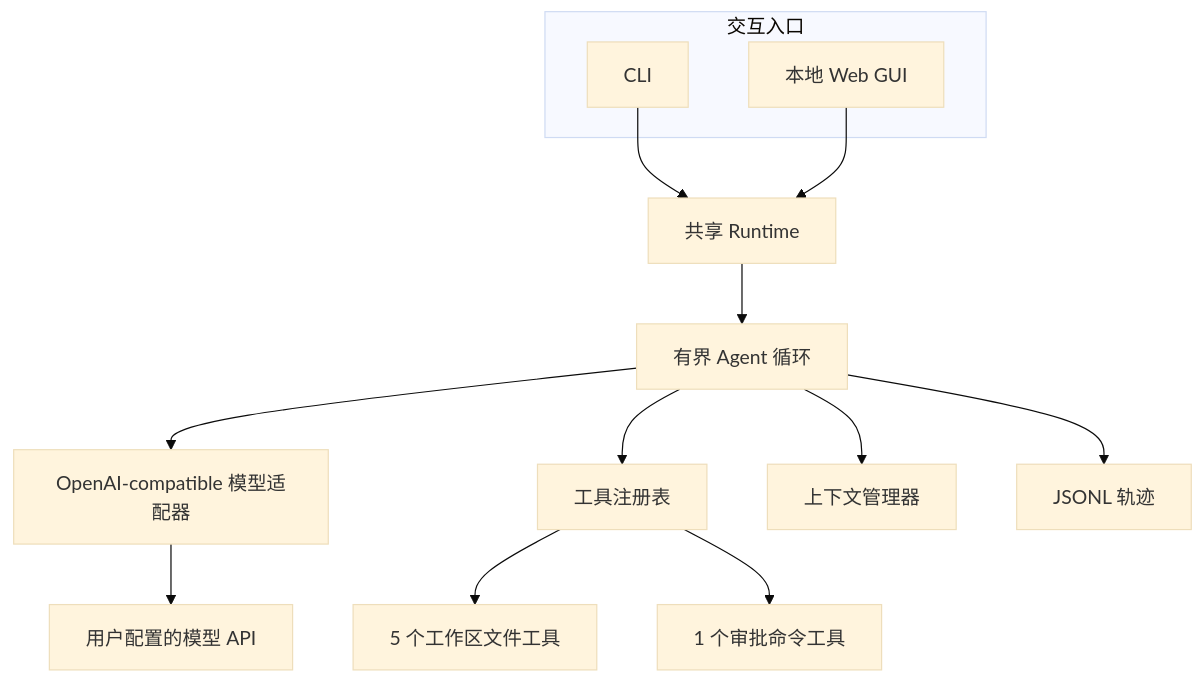
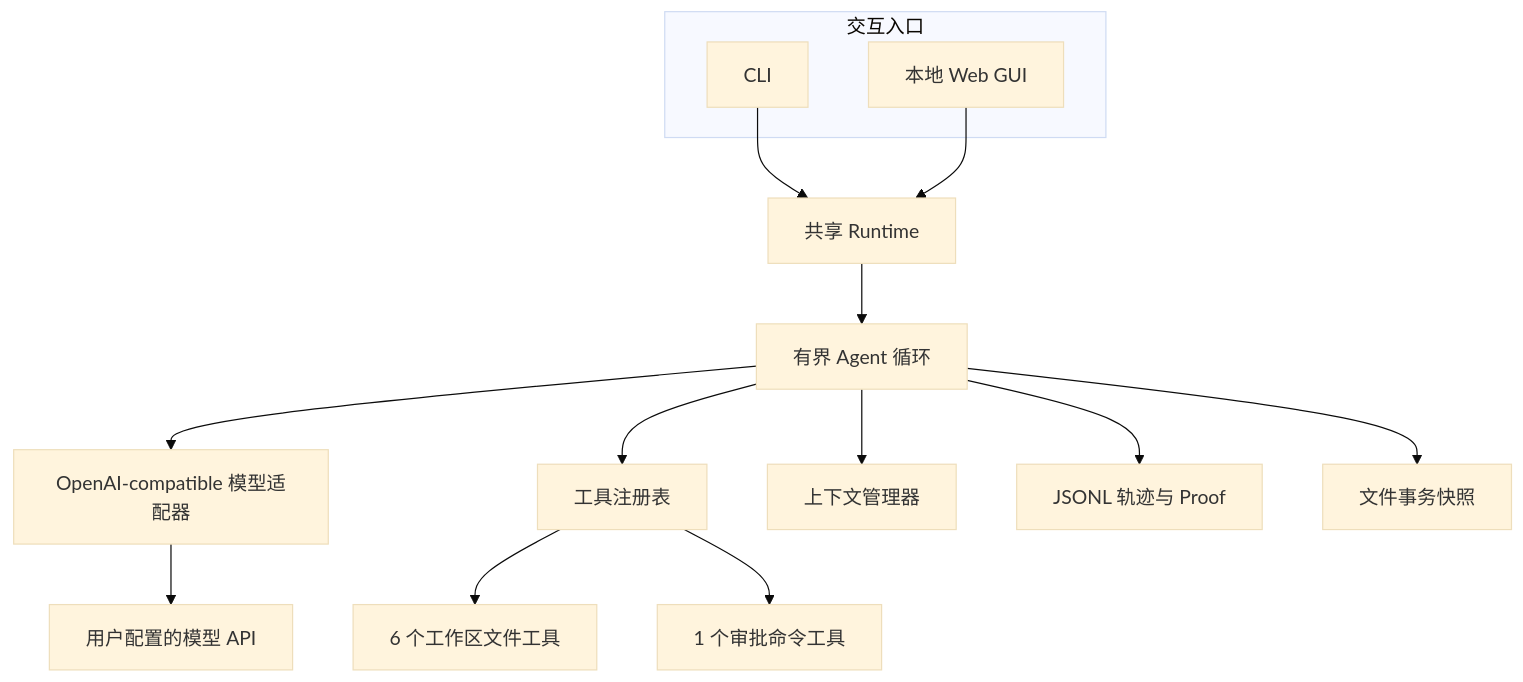
Before and after one commit to fanyuezuishuai/CodingAgent: the first of 2 diagrams in README.md, drawn with Mermaid (base theme). The commit also changed other lines of this file and 29 other files, not shown here.

````diff
--- a/README.md
+++ b/README.md
@@ -130,19 +154,20 @@
 ```mermaid
 flowchart TB
     subgraph Entry[交互入口]
         CLI[CLI]
         WEB[本地 Web GUI]
     end
 
     CLI --> RT[共享 Runtime]
     WEB --> RT
     RT --> AGENT[有界 Agent 循环]
     AGENT --> MODEL[OpenAI-compatible 模型适配器]
     AGENT --> REGISTRY[工具注册表]
     AGENT --> CONTEXT[上下文管理器]
-    AGENT --> TRACE[JSONL 轨迹]
+    AGENT --> TRACE[JSONL 轨迹与 Proof]
+    AGENT --> TX[文件事务快照]
 
-    REGISTRY --> FILES[5 个工作区文件工具]
+    REGISTRY --> FILES[6 个工作区文件工具]
     REGISTRY --> SHELL[1 个审批命令工具]
     MODEL --> PROVIDER[用户配置的模型 API]
 ```
````
